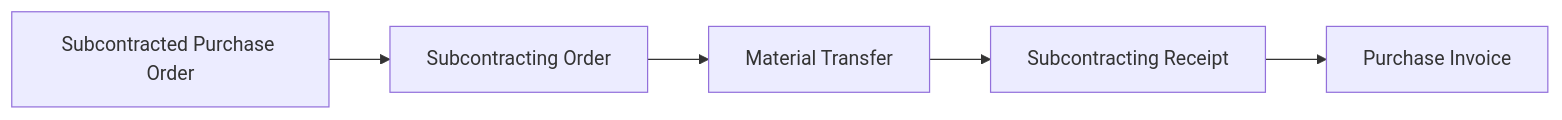
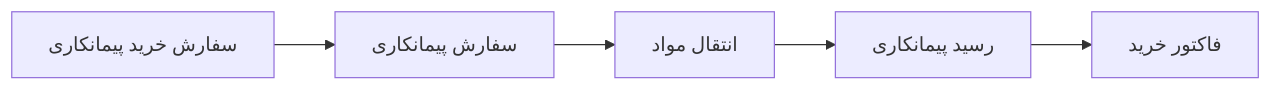
Before and after one commit to shahinesi/frappe_docs-persian: the fifth of 5 diagrams in content/fa/erpnext/buying.md, drawn with Mermaid. The commit also changed other lines of this file and 7 other files, not shown here.

Commit message:
Localize ERPNext purchasing workflow diagrams

````diff
--- a/content/fa/erpnext/buying.md
+++ b/content/fa/erpnext/buying.md
@@ -81,7 +81,7 @@
 ```mermaid
 flowchart LR
-    PO[Subcontracted Purchase Order] --> SO[Subcontracting Order]
-    SO --> ST[Material Transfer]
-    ST --> SR[Subcontracting Receipt]
-    SR --> PI[Purchase Invoice]
+    PO[سفارش خرید پیمانکاری] --> SO[سفارش پیمانکاری]
+    SO --> ST[انتقال مواد]
+    ST --> SR[رسید پیمانکاری]
+    SR --> PI[فاکتور خرید]
 ```
````
